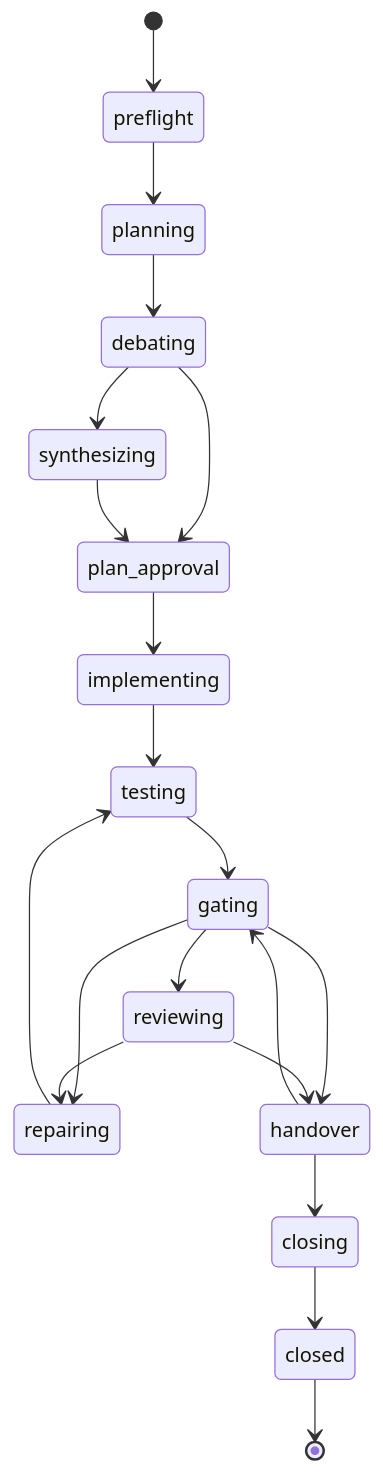
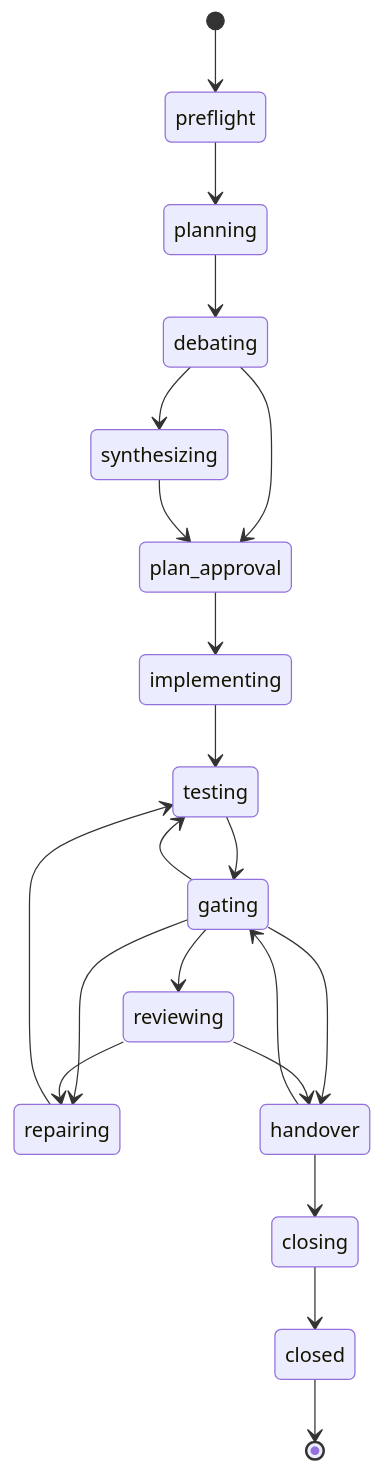
Before and after one commit to NourHayik/Looprch: the diagram in docs/dev/lifecycle-state-machine.md, drawn with Mermaid. The commit also changed other lines of this file and 41 other files, not shown here.

````diff
--- a/docs/dev/lifecycle-state-machine.md
+++ b/docs/dev/lifecycle-state-machine.md
@@ -6,22 +6,23 @@
 ```mermaid
 stateDiagram-v2
   [*] --> preflight
   preflight --> planning
   planning --> debating
   debating --> synthesizing
   debating --> plan_approval
   synthesizing --> plan_approval
   plan_approval --> implementing
   implementing --> testing
   testing --> gating
   gating --> reviewing
   gating --> repairing
+  gating --> testing
   gating --> handover
   repairing --> testing
   reviewing --> handover
   reviewing --> repairing
   handover --> closing
   handover --> gating
   closing --> closed
   closed --> [*]
 ```
````
